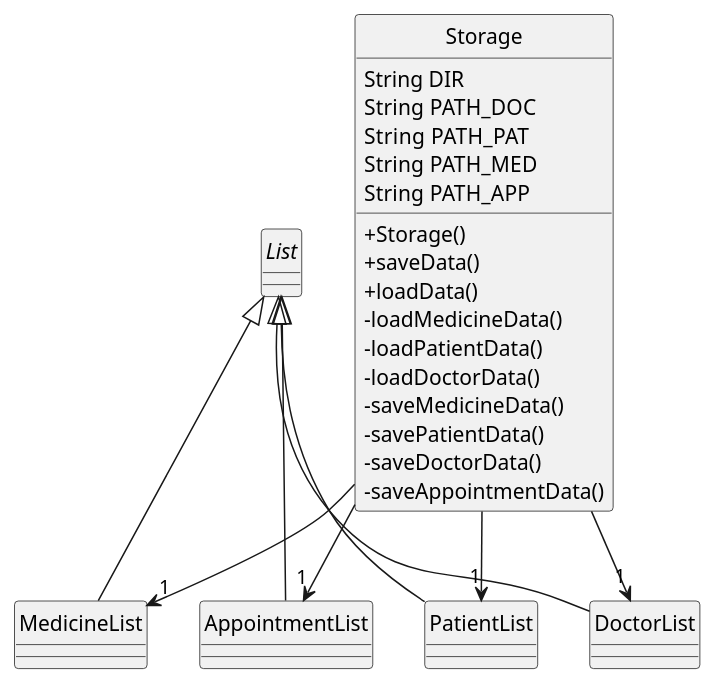
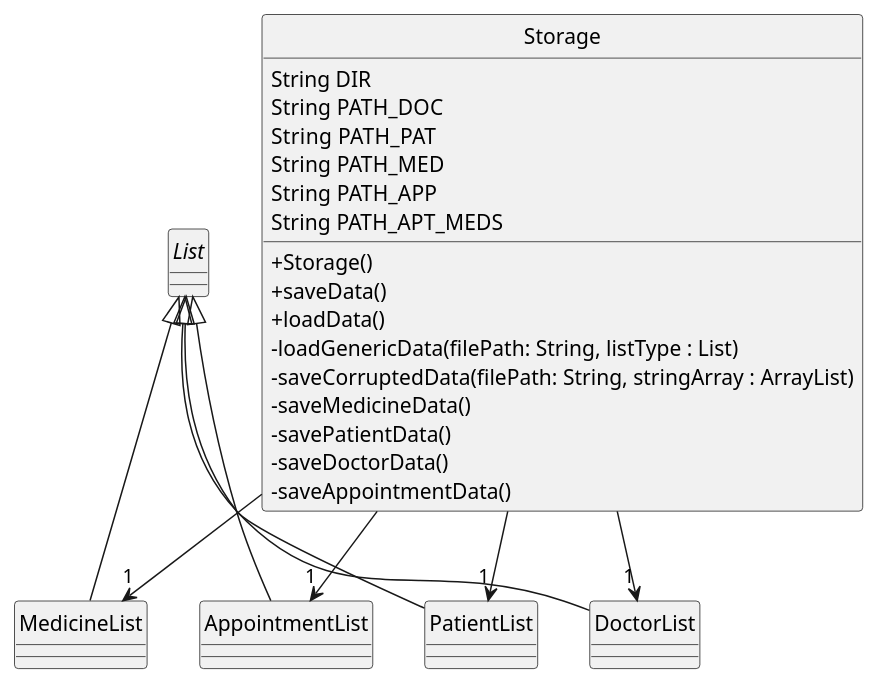
Before and after one commit to nus-cs2113-AY2122S2/tp: the diagram in docs/diagrams/StorageClassUML.puml, drawn with PlantUML. The commit also changed 3 other files, not shown here.

Commit message:
Updating overall sequence diagram and Storage Class Diagram

```diff
--- a/docs/diagrams/StorageClassUML.puml
+++ b/docs/diagrams/StorageClassUML.puml
@@ -1,38 +1,38 @@
 @startuml
 hide circle
 skinparam classAttributeIconSize 0
 abstract List
 class PatientList
 class DoctorList
 class MedicineList
 class AppointmentList
 
 List <|-- PatientList
 List <|-- DoctorList
 List <|-- MedicineList
 List <|-- AppointmentList
 
 class Storage {
     String DIR
     String PATH_DOC
     String PATH_PAT
     String PATH_MED
     String PATH_APP
+    String PATH_APT_MEDS
     + Storage()
     + saveData()
     + loadData()
-    - loadMedicineData()
-    - loadPatientData()
-    - loadDoctorData()
+    - loadGenericData(filePath: String, listType : List)
+    - saveCorruptedData(filePath: String, stringArray : ArrayList)
     - saveMedicineData()
     - savePatientData()
     - saveDoctorData()
     - saveAppointmentData()
 }
 
 Storage --> "1" PatientList
 Storage --> "1" AppointmentList
 Storage --> "1" DoctorList
 Storage --> "1" MedicineList
 
 @enduml
```
